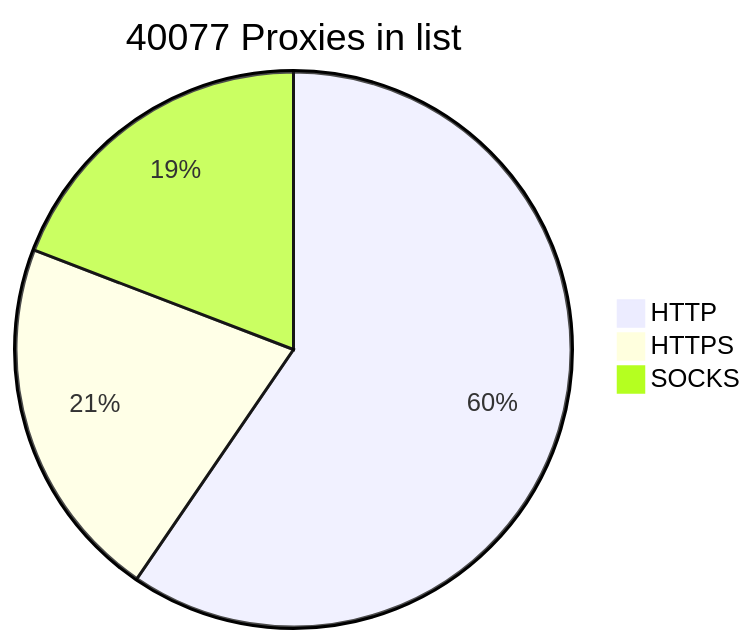
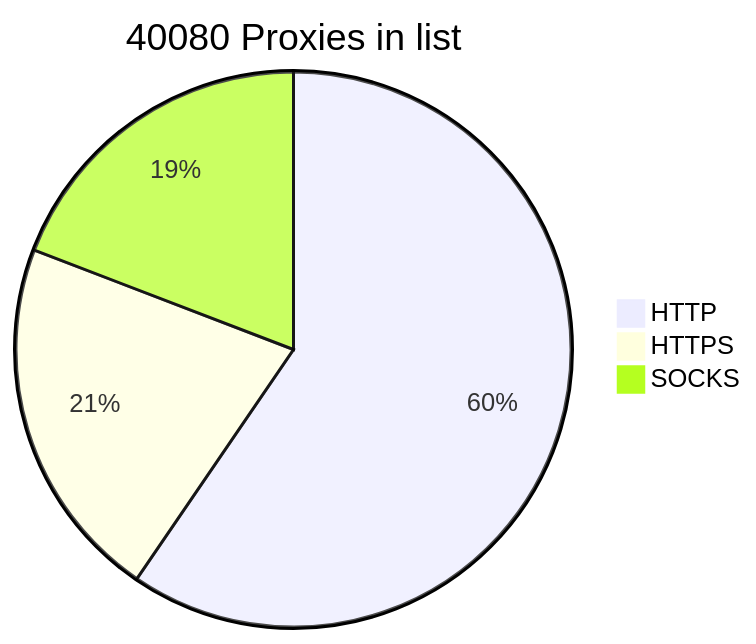
One commit to BlackSnowDot/proxylist-update-every-minute changed the diagram in README.md. Above: the diagram before and after it, drawn with Mermaid.

````diff
--- a/README.md
+++ b/README.md
@@ -2,6 +2,6 @@
 ```mermaid
-pie title 40077 Proxies in list
-    "HTTP" : 27831
-    "HTTPS": 9950
+pie title 40080 Proxies in list
+    "HTTP" : 27833
+    "HTTPS": 9951
     "SOCKS" : 8964
 ```
````
